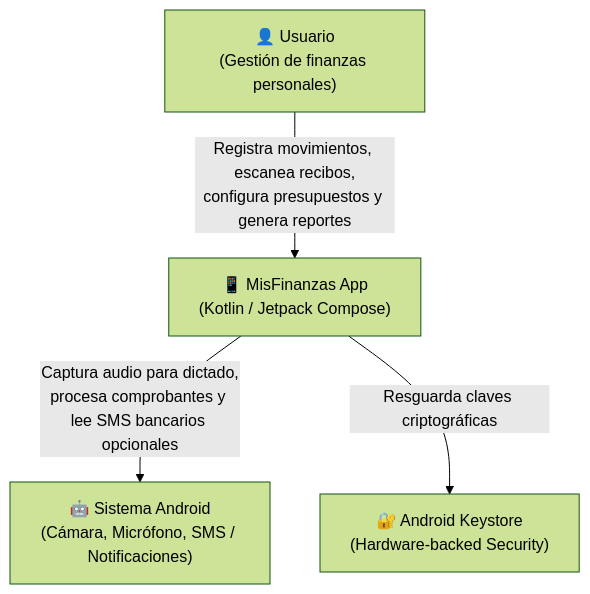
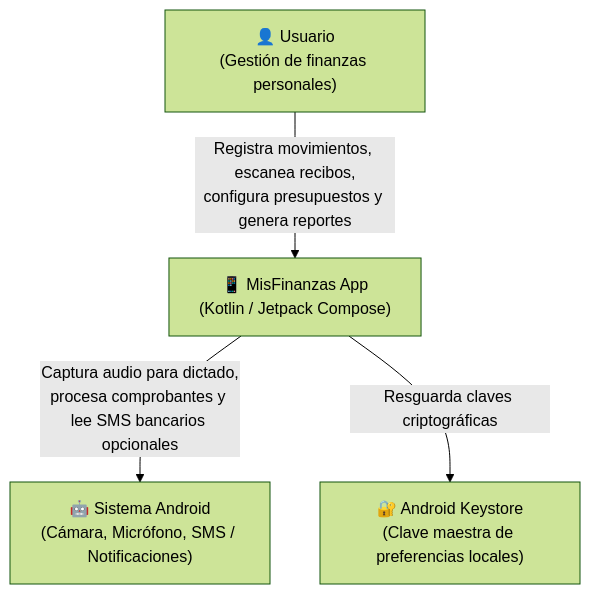
Before and after one commit to Nicooooal/MisFinanzas-Project-App: the first of 3 diagrams in docs/ARCHITECTURE.md, drawn with Mermaid (forest theme). The commit also changed other lines of this file and 5 other files, not shown here.

````diff
--- a/docs/ARCHITECTURE.md
+++ b/docs/ARCHITECTURE.md
@@ -11,11 +11,11 @@
 ```mermaid
 flowchart TD
     User["👤 Usuario\n(Gestión de finanzas personales)"]
     App["📱 MisFinanzas App\n(Kotlin / Jetpack Compose)"]
     AndroidOS["🤖 Sistema Android\n(Cámara, Micrófono, SMS / Notificaciones)"]
-    Keystore["🔐 Android Keystore\n(Hardware-backed Security)"]
+    Keystore["🔐 Android Keystore\n(Clave maestra de preferencias locales)"]
 
     User -->|"Registra movimientos, escanea recibos,\nconfigura presupuestos y genera reportes"| App
     App -->|"Captura audio para dictado,\nprocesa comprobantes y lee SMS bancarios opcionales"| AndroidOS
     App -->|"Resguarda claves criptográficas"| Keystore
 ```
````
